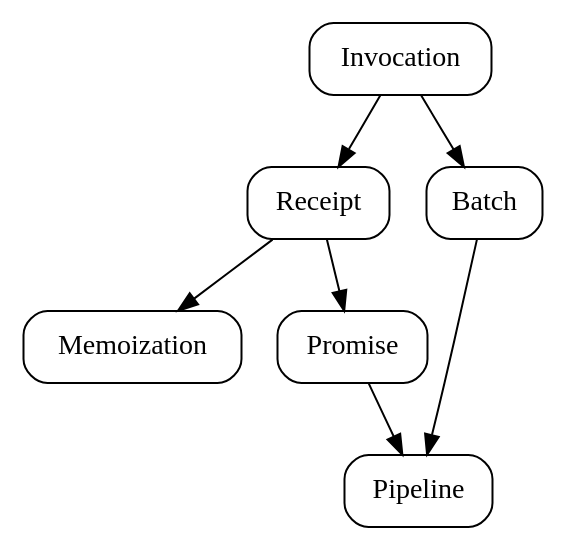
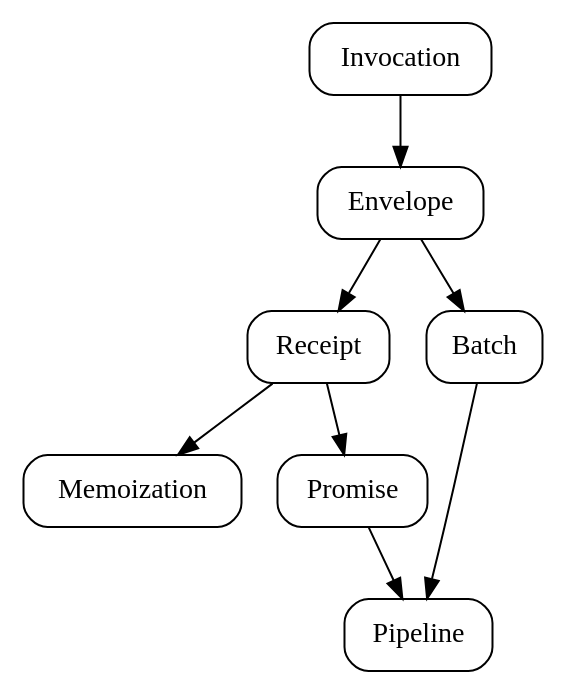
The diagram in diagrams/concepts.dot (ucan-wg/invocation), drawn with Graphviz before and after one commit. The commit also changed 1 other file, not shown here.

```diff
--- a/diagrams/concepts.dot
+++ b/diagrams/concepts.dot
@@ -1,11 +1,10 @@
 digraph {
     node [
       style = rounded
       shape = box
     ]
 
     Receipt -> Memoization
-    Invocation -> Receipt -> Promise -> Pipeline
-    Invocation -> Batch -> Pipeline
- //   Batch -> BatchReceipt
+    Invocation -> Envelope -> Receipt -> Promise -> Pipeline
+    Envelope -> Batch -> Pipeline
 }
```
